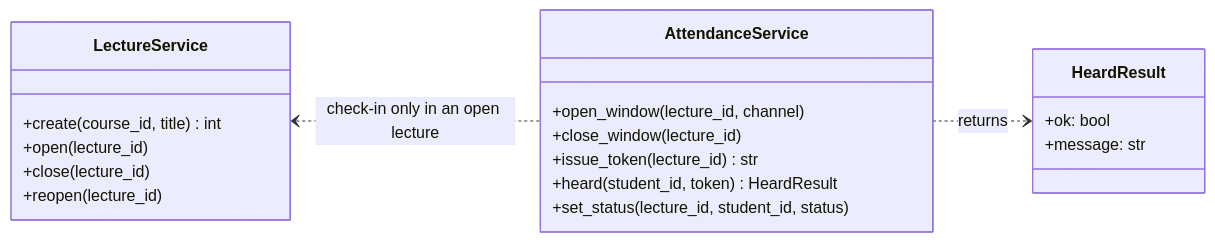
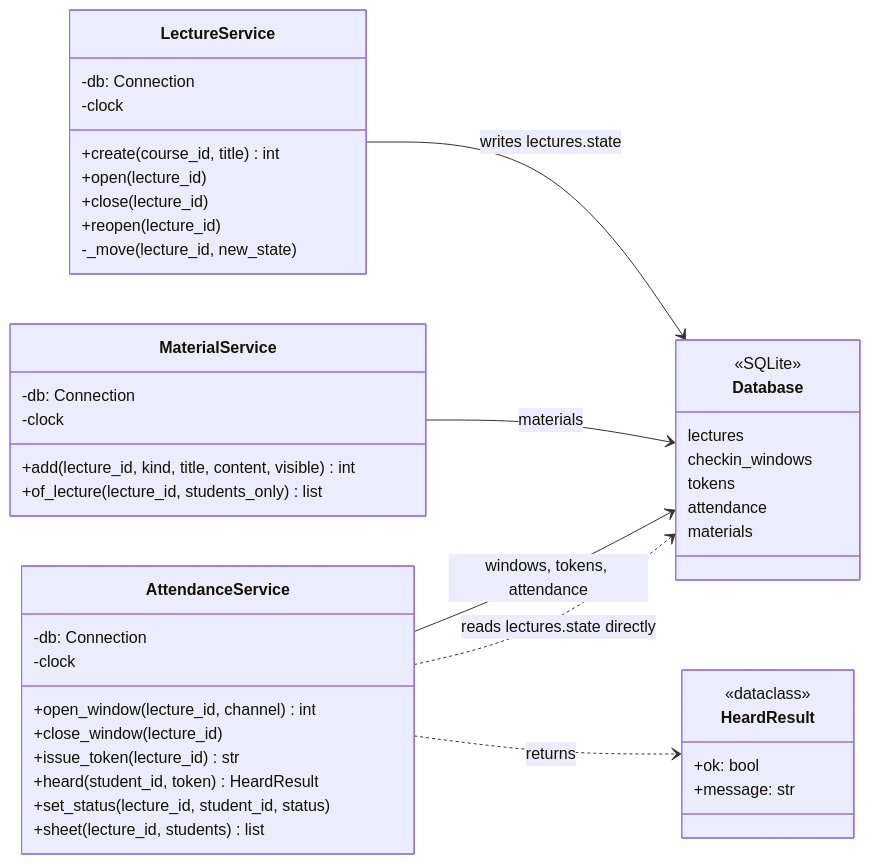
One commit to shiral2571-alt/SoftwareEngineering_Ex2 changed the fourth of 11 diagrams in docs/DIAGRAMS.md. Above: the diagram before and after it, drawn with Mermaid. The commit also changed other lines of this file and 3 other files, not shown here.

````diff
--- a/docs/DIAGRAMS.md
+++ b/docs/DIAGRAMS.md
@@ -82,23 +108,47 @@
 ```mermaid
 classDiagram
     direction LR
     class LectureService {
+        -db: Connection
+        -clock
         +create(course_id, title) int
         +open(lecture_id)
         +close(lecture_id)
         +reopen(lecture_id)
+        -_move(lecture_id, new_state)
+    }
+    class MaterialService {
+        -db: Connection
+        -clock
+        +add(lecture_id, kind, title, content, visible) int
+        +of_lecture(lecture_id, students_only) list
     }
     class AttendanceService {
-        +open_window(lecture_id, channel)
+        -db: Connection
+        -clock
+        +open_window(lecture_id, channel) int
         +close_window(lecture_id)
         +issue_token(lecture_id) str
         +heard(student_id, token) HeardResult
         +set_status(lecture_id, student_id, status)
+        +sheet(lecture_id, students) list
     }
     class HeardResult {
+        <<dataclass>>
         +ok: bool
         +message: str
     }
-    LectureService <.. AttendanceService : check-in only in an open lecture
+    class Database {
+        <<SQLite>>
+        lectures
+        checkin_windows
+        tokens
+        attendance
+        materials
+    }
+    LectureService --> Database : writes lectures.state
+    MaterialService --> Database : materials
+    AttendanceService --> Database : windows, tokens, attendance
+    AttendanceService ..> Database : reads lectures.state directly
     AttendanceService ..> HeardResult : returns
 ```
````
